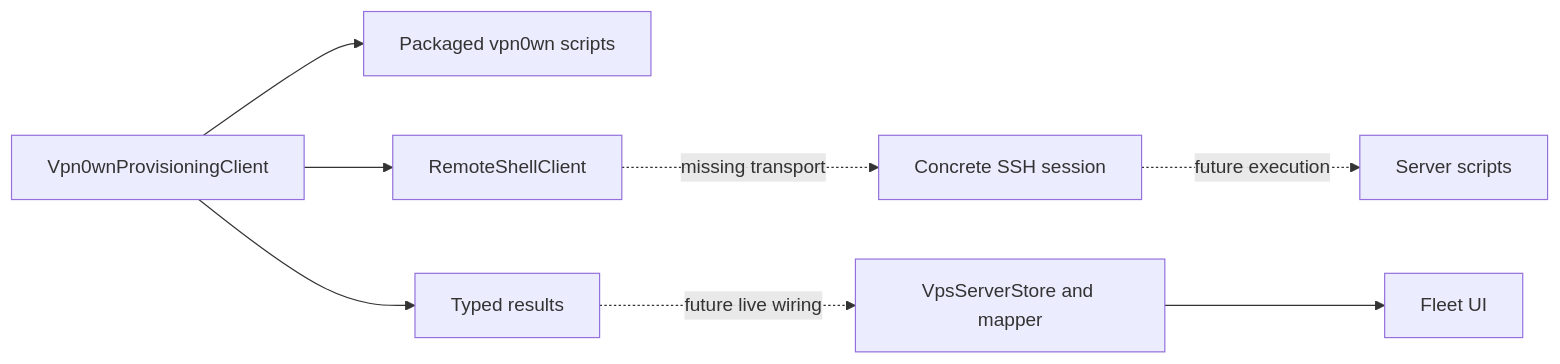
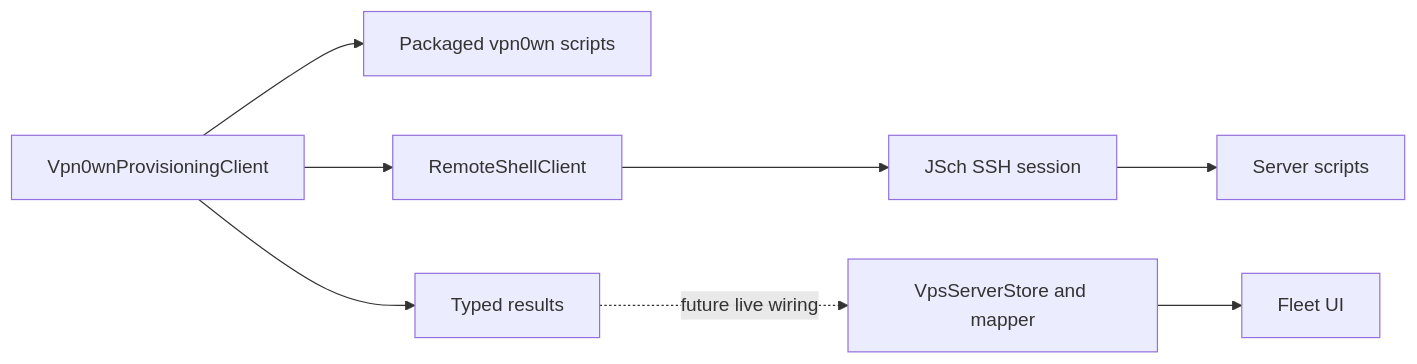
Before and after one commit to novakin/vpn0wn-android: the second of 2 diagrams in docs/architecture.md, drawn with Mermaid. The commit also changed other lines of this file and 23 other files, not shown here.

Commit message:
feat(provisioning): add bounded pinned SSH transport

````diff
--- a/docs/architecture.md
+++ b/docs/architecture.md
@@ -56,10 +56,10 @@
 ```mermaid
 flowchart LR
     Client[Vpn0wnProvisioningClient] --> Bundle[Packaged vpn0wn scripts]
     Client --> Boundary[RemoteShellClient]
-    Boundary -. missing transport .-> SSH[Concrete SSH session]
-    SSH -. future execution .-> Server[Server scripts]
+    Boundary --> SSH[JSch SSH session]
+    SSH --> Server[Server scripts]
     Client --> Results[Typed results]
     Results -. future live wiring .-> Fleet[VpsServerStore and mapper]
     Fleet --> Screen[Fleet UI]
 ```
````
